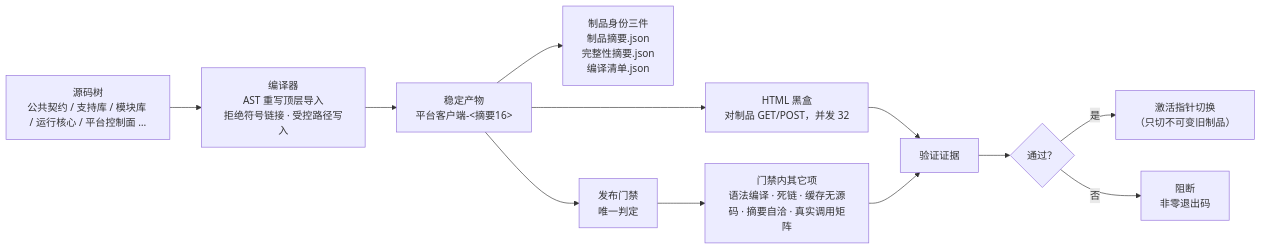
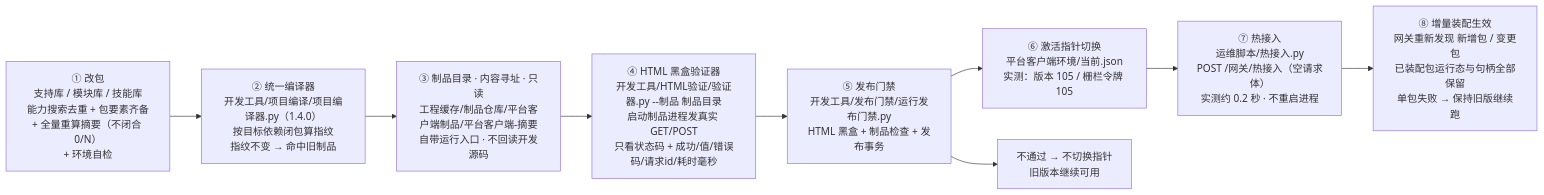
One commit to kunhua-he/system-engineering-platform changed the third of 5 diagrams in 开发文档/架构总览.md. Above: the diagram before and after it, drawn with Mermaid. The commit also changed other lines of this file and 3 other files, not shown here.

````diff
--- a/开发文档/架构总览.md
+++ b/开发文档/架构总览.md
@@ -111,22 +146,16 @@
 ```mermaid
 flowchart LR
-    S["源码树<br/>公共契约 / 支持库 / 模块库 / 运行核心 / 平台控制面 …"]
-    K["编译器<br/>AST 重写顶层导入<br/>拒绝符号链接 · 受控路径写入"]
-    P["稳定产物<br/>平台客户端-&lt;摘要16&gt;"]
-    ID["制品身份三件<br/>制品摘要.json<br/>完整性摘要.json<br/>编译清单.json"]
+    S1["① 改包<br/>支持库 / 模块库 / 技能库<br/>能力搜索去重 + 包要素齐备<br/>+ 全量重算摘要（不闭合 0/N）<br/>+ 环境自检"]
+    T1["② 统一编译器<br/>开发工具/项目编译/项目编译器.py（1.4.0）<br/>按目标依赖闭包算指纹<br/>指纹不变 → 命中旧制品"]
+    T2["③ 制品目录 · 内容寻址 · 只读<br/>工程缓存/制品仓库/平台客户端制品/平台客户端-摘要<br/>自带运行入口 · 不回读开发源码"]
+    V1["④ HTML 黑盒验证器<br/>开发工具/HTML验证/验证器.py --制品 制品目录<br/>启动制品进程发真实 GET/POST<br/>只看状态码 + 成功/值/错误码/请求id/耗时毫秒"]
+    P1["⑤ 发布门禁<br/>开发工具/发布门禁/运行发布门禁.py<br/>HTML 黑盒 + 制品检查 + 发布事务"]
+    P2["⑥ 激活指针切换<br/>平台客户端环境/当前.json<br/>实测：版本 105 / 栅栏令牌 105"]
+    P3["不通过 → 不切换指针<br/>旧版本继续可用"]
+    R1["⑦ 热接入<br/>运维脚本/热接入.py<br/>POST /网关/热接入（空请求体）<br/>实测约 0.2 秒 · 不重启进程"]
+    R2["⑧ 增量装配生效<br/>网关重新发现 新增包 / 变更包<br/>已装配包运行态与句柄全部保留<br/>单包失败 → 保持旧版继续跑"]
 
-    H["HTML 黑盒<br/>对制品 GET/POST，并发 32"]
-    M["发布门禁<br/>唯一判定"]
-    GATE["门禁内其它项<br/>语法编译 · 死链 · 缓存无源码 · 摘要自洽 · 真实调用矩阵"]
-
-    S --> K --> P
-    P --> ID
-    P --> H
-    P --> M
-    M --> GATE
-    H --> EV["验证证据"]
-    GATE --> EV
-    EV --> R{"通过？"}
-    R -->|是| ACT["激活指针切换<br/>（只切不可变旧制品）"]
-    R -->|否| BLOCK["阻断<br/>非零退出码"]
+    S1 --> T1 --> T2 --> V1 --> P1
+    P1 --> P2 --> R1 --> R2
+    P1 --> P3
 ```
````
